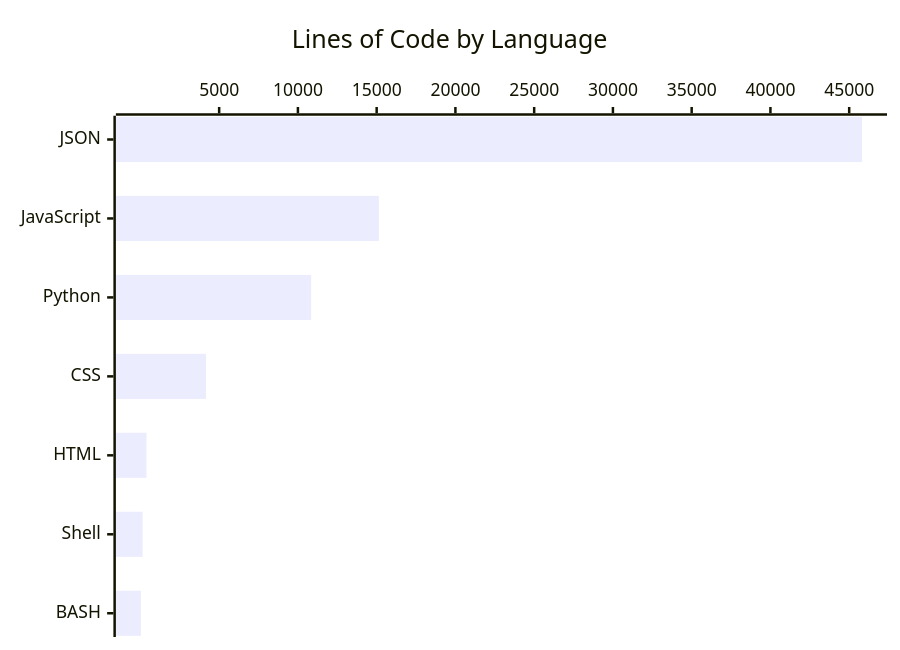
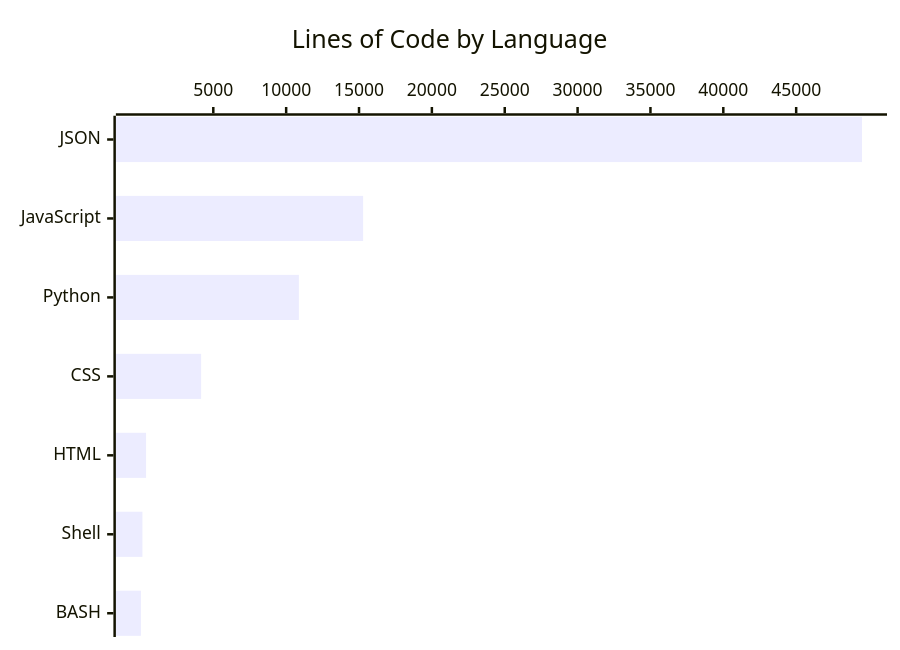
The diagram in LOC-REPORT.md (ibenian/algebench), drawn with Mermaid before and after one commit. The commit also changed other lines of this file, not shown here.

````diff
--- a/LOC-REPORT.md
+++ b/LOC-REPORT.md
@@ -16,6 +16,6 @@
 ```mermaid
 xychart-beta horizontal
   title "Lines of Code by Language"
   x-axis ["JSON", "JavaScript", "Python", "CSS", "HTML", "Shell", "BASH"]
-  bar [45812, 15139, 10842, 4164, 386, 137, 33]
+  bar [49516, 15281, 10872, 4163, 386, 137, 33]
 ```
````
